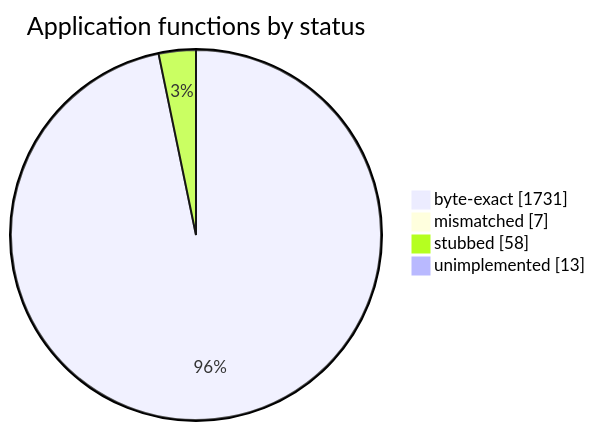
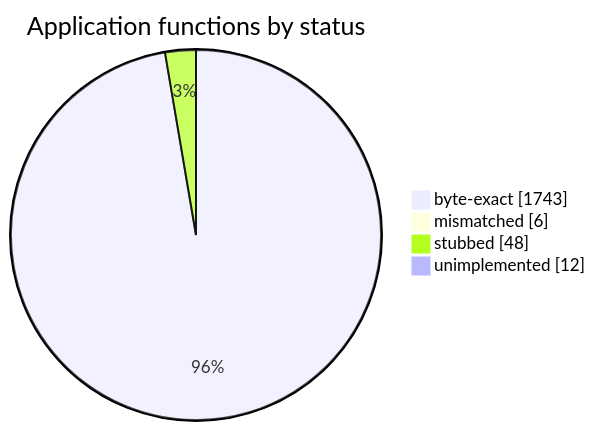
One commit to sorokya/eos changed the diagram in README.md. Above: the diagram before and after it, drawn with Mermaid. The commit also changed other lines of this file and 4 other files, not shown here.

````diff
--- a/README.md
+++ b/README.md
@@ -154,8 +154,8 @@
 ```mermaid
 pie showData
     title Application functions by status
-    "byte-exact" : 1731
-    "mismatched" : 7
-    "stubbed" : 58
-    "unimplemented" : 13
+    "byte-exact" : 1743
+    "mismatched" : 6
+    "stubbed" : 48
+    "unimplemented" : 12
 ```
````
